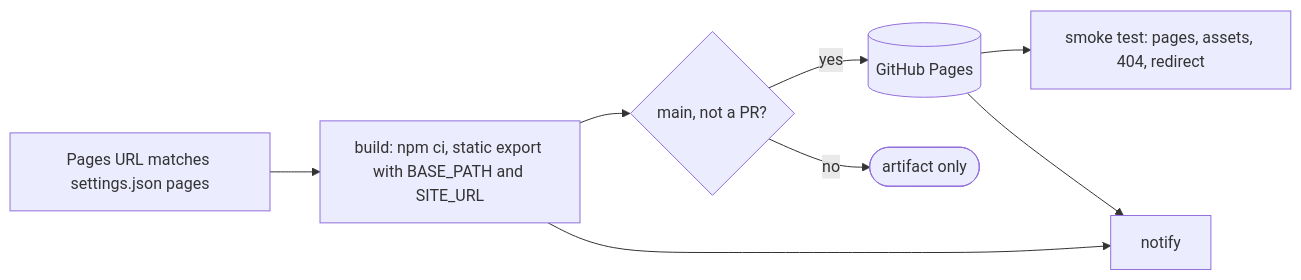
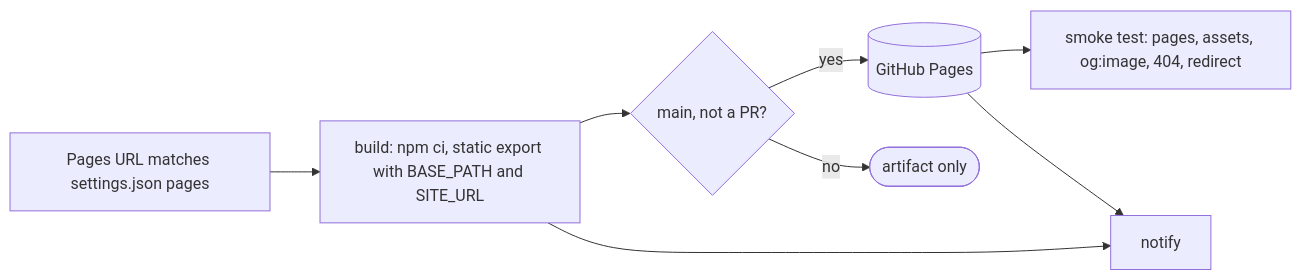
Before and after one commit to octomation/maintainer: the fourth of 10 diagrams in .github/workflows/README.md, drawn with Mermaid. The commit also changed other lines of this file and 4 other files, not shown here.

````diff
--- a/.github/workflows/README.md
+++ b/.github/workflows/README.md
@@ -134,7 +154,7 @@
 ```mermaid
 flowchart LR
   check[Pages URL matches settings.json pages] --> build[build: npm ci, static export with BASE_PATH and SITE_URL] --> deploy{main, not a PR?}
-  deploy -- yes --> pages[(GitHub Pages)] --> smoke[smoke test: pages, assets, 404, redirect]
+  deploy -- yes --> pages[(GitHub Pages)] --> smoke[smoke test: pages, assets, og:image, 404, redirect]
   deploy -- no --> skip([artifact only])
   build & pages --> notify[notify]
 ```
````
